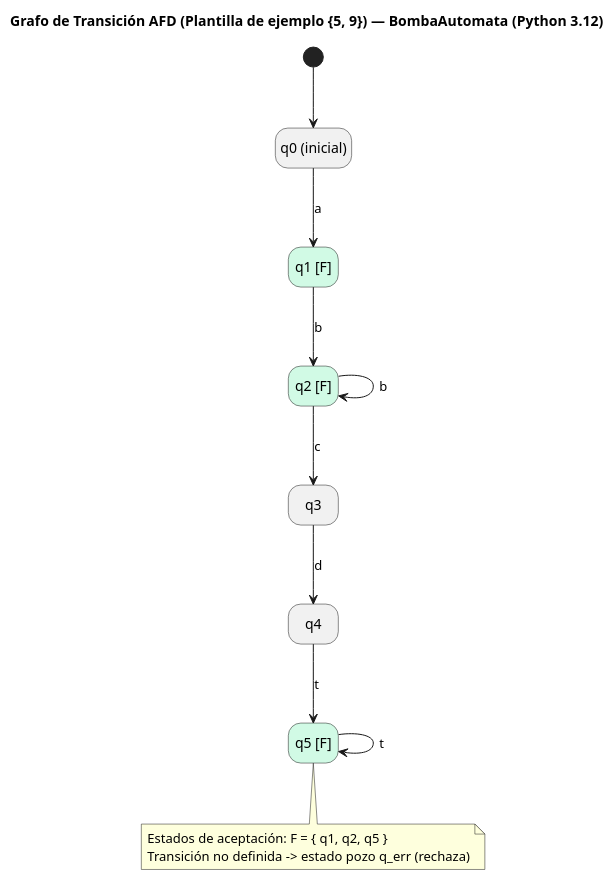
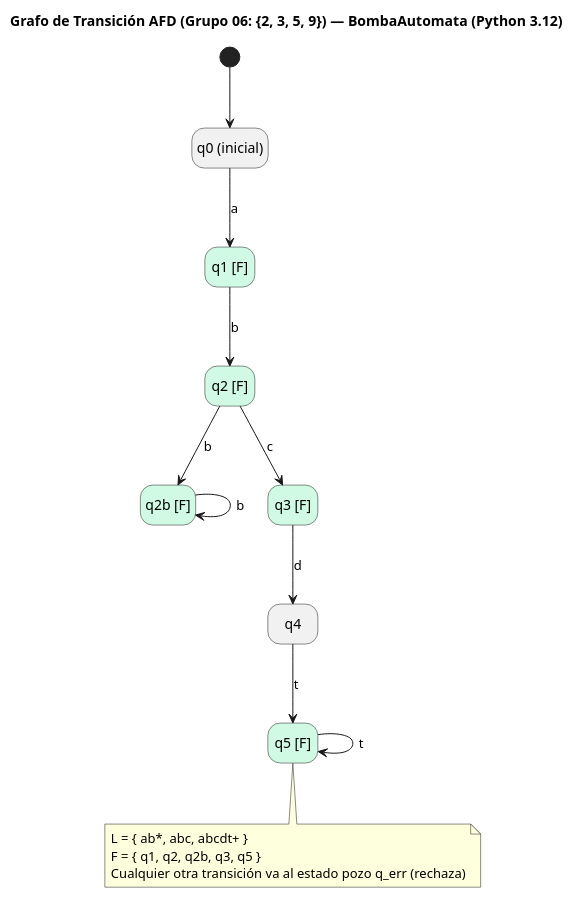
The diagram in 02-Diseno/diagramas/03-automata-grafo-gramatica.md (Rodni15/ANTDRON-Grupo06-XP), drawn with PlantUML before and after one commit. The commit also changed other lines of this file and 15 other files, not shown here.

````diff
--- a/02-Diseno/diagramas/03-automata-grafo-gramatica.md
+++ b/02-Diseno/diagramas/03-automata-grafo-gramatica.md
@@ -51,27 +66,30 @@
 ```plantuml
 @startuml
-title Grafo de Transición AFD (Plantilla de ejemplo {5, 9}) — BombaAutomata (Python 3.12)
+title Grafo de Transición AFD (Grupo 06: {2, 3, 5, 9}) — BombaAutomata (Python 3.12)
 hide empty description
 
 state "q0 (inicial)" as q0
 state "q1 [F]" as q1 #D1FAE5
 state "q2 [F]" as q2 #D1FAE5
-state "q3" as q3
+state "q2b [F]" as q2b #D1FAE5
+state "q3 [F]" as q3 #D1FAE5
 state "q4" as q4
 state "q5 [F]" as q5 #D1FAE5
 
 [*] --> q0
 q0 --> q1 : a
 q1 --> q2 : b
-q2 --> q2 : b
+q2 --> q2b : b
+q2b --> q2b : b
 q2 --> q3 : c
 q3 --> q4 : d
 q4 --> q5 : t
 q5 --> q5 : t
 
 note bottom of q5
-  Estados de aceptación: F = { q1, q2, q5 }
-  Transición no definida -> estado pozo q_err (rechaza)
+  L = { ab*, abc, abcdt+ }
+  F = { q1, q2, q2b, q3, q5 }
+  Cualquier otra transición va al estado pozo q_err (rechaza)
 end note
 @enduml
 ```
````
